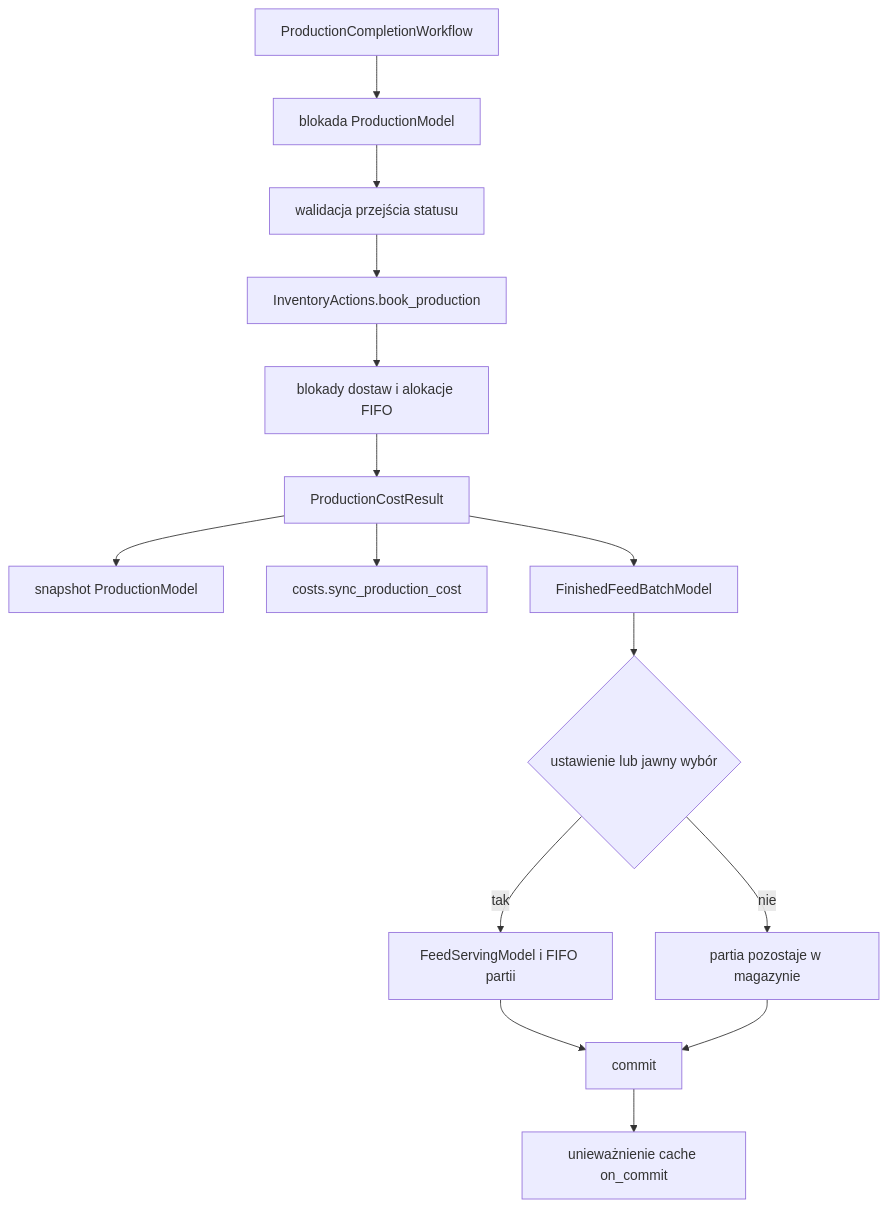
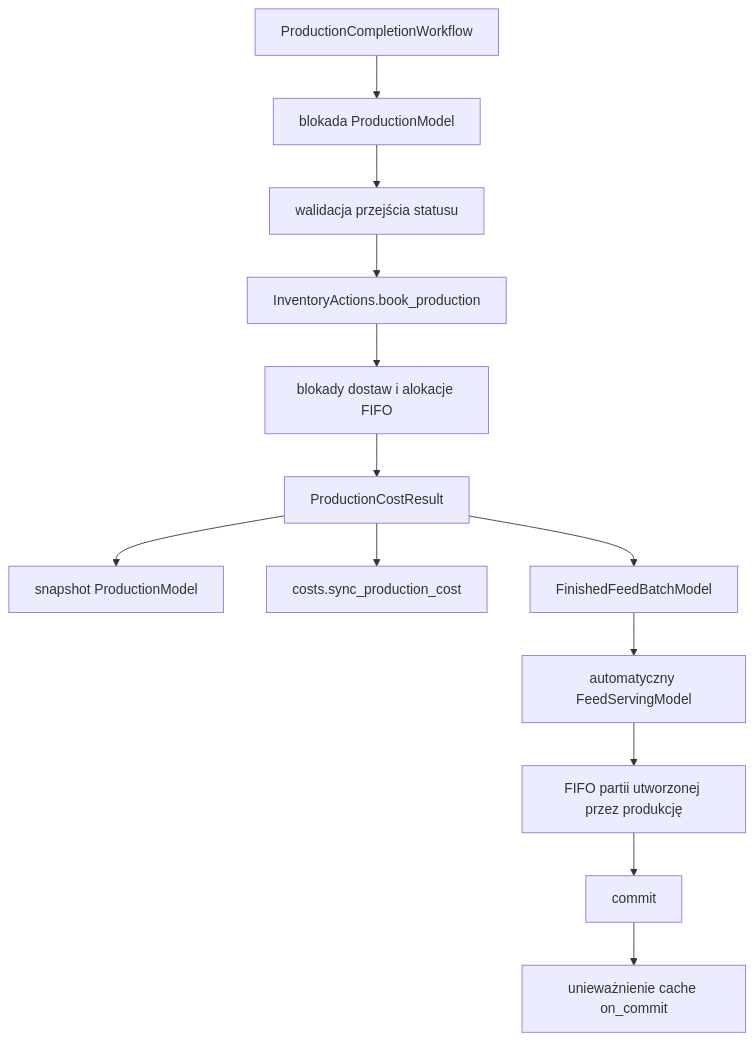
The diagram in docs/architecture.md (toniemasz/managerGospodarstwa), drawn with Mermaid before and after one commit. The commit also changed other lines of this file and 81 other files, not shown here.

````diff
--- a/docs/architecture.md
+++ b/docs/architecture.md
@@ -26,17 +26,15 @@
 ```mermaid
 flowchart TD
     A[ProductionCompletionWorkflow] --> B[blokada ProductionModel]
     B --> C[walidacja przejścia statusu]
     C --> D[InventoryActions.book_production]
     D --> E[blokady dostaw i alokacje FIFO]
     E --> F[ProductionCostResult]
     F --> G[snapshot ProductionModel]
     F --> H[costs.sync_production_cost]
     F --> I[FinishedFeedBatchModel]
-    I --> J{ustawienie lub jawny wybór}
-    J -->|tak| K[FeedServingModel i FIFO partii]
-    J -->|nie| L[partia pozostaje w magazynie]
-    K --> M[commit]
-    L --> M
-    M --> N[unieważnienie cache on_commit]
+    I --> J[automatyczny FeedServingModel]
+    J --> K[FIFO partii utworzonej przez produkcję]
+    K --> L[commit]
+    L --> M[unieważnienie cache on_commit]
 ```
````
